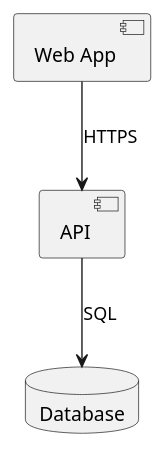
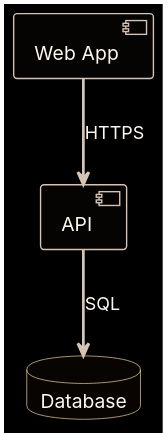
The sixth of 8 diagrams in .agents/skills/plantuml-diagram/references/examples.md (Omegapy/plantuml-ai-skill), drawn with PlantUML before and after one commit. The commit also changed other lines of this file and 25 other files, not shown here.

Commit message:
Harden AEther PlantUML render palette

````diff
--- a/.agents/skills/plantuml-diagram/references/examples.md
+++ b/.agents/skills/plantuml-diagram/references/examples.md
@@ -91,9 +177,25 @@
 ```plantuml
 @startuml
+skinparam backgroundColor #000000
+skinparam shadowing false
+skinparam defaultFontName Inter
+skinparam defaultFontColor #fff8ef
+skinparam ArrowColor #d6c3b4
+skinparam ArrowFontColor #fff8ef
+skinparam ArrowHeadColor #d6c3b4
+skinparam ArrowThickness 2
+skinparam DefaultTextAlignment center
+skinparam ComponentBackgroundColor #050403
+skinparam ComponentBorderColor #d6c3b4
+skinparam ComponentFontColor #fff8ef
+skinparam ComponentBorderThickness 1
+skinparam DatabaseBackgroundColor #080401
+skinparam DatabaseBorderColor #f4d6a1
+skinparam DatabaseFontColor #fff8ef
 component "Web App" as Web
 component "API" as API
 database "Database" as DB
 Web --> API : HTTPS
 API --> DB : SQL
 @enduml
 ```
````
